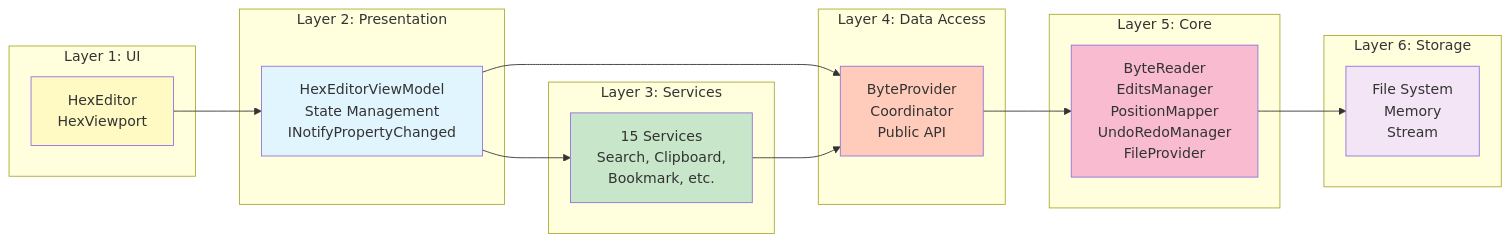
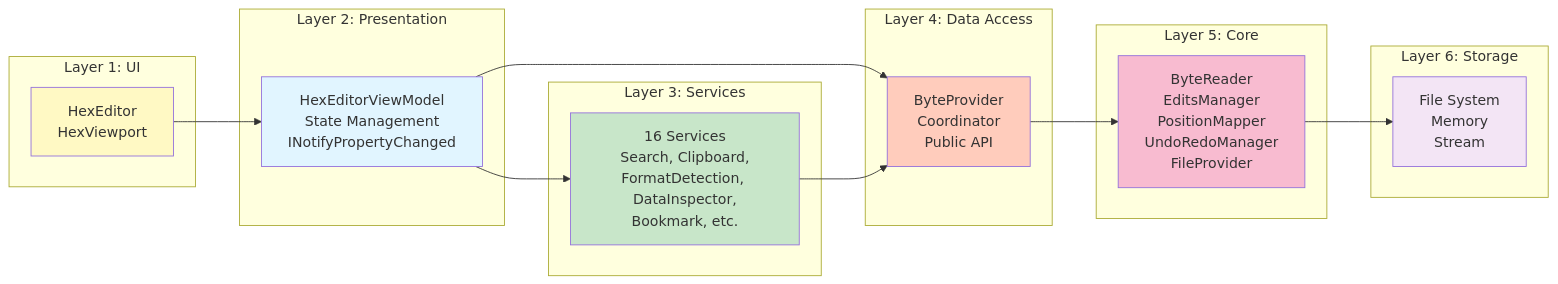
One commit to abbaye/WpfHexEditorIDE changed the second of 5 diagrams in docs/architecture/Overview.md. Above: the diagram before and after it, drawn with Mermaid. The commit also changed other lines of this file, not shown here.

First line of the commit message:
docs: Revamp architecture Overview with Feb 2026 advanced features

````diff
--- a/docs/architecture/Overview.md
+++ b/docs/architecture/Overview.md
@@ -155,40 +172,40 @@
 ```mermaid
 graph LR
     subgraph "Layer 1: UI"
         UI["HexEditor<br/>HexViewport"]
     end
 
     subgraph "Layer 2: Presentation"
         VM["HexEditorViewModel<br/>State Management<br/>INotifyPropertyChanged"]
     end
 
     subgraph "Layer 3: Services"
-        Services["15 Services<br/>Search, Clipboard,<br/>Bookmark, etc."]
+        Services["16 Services<br/>Search, Clipboard,<br/>FormatDetection, DataInspector,<br/>Bookmark, etc."]
     end
 
     subgraph "Layer 4: Data Access"
         Provider["ByteProvider<br/>Coordinator<br/>Public API"]
     end
 
     subgraph "Layer 5: Core"
         Core["ByteReader<br/>EditsManager<br/>PositionMapper<br/>UndoRedoManager<br/>FileProvider"]
     end
 
     subgraph "Layer 6: Storage"
         Storage["File System<br/>Memory<br/>Stream"]
     end
 
     UI --> VM
     VM --> Services
     VM --> Provider
     Services --> Provider
     Provider --> Core
     Core --> Storage
 
     style UI fill:#fff9c4
     style VM fill:#e1f5ff
     style Services fill:#c8e6c9
     style Provider fill:#ffccbc
     style Core fill:#f8bbd0
     style Storage fill:#f3e5f5
 ```
````
